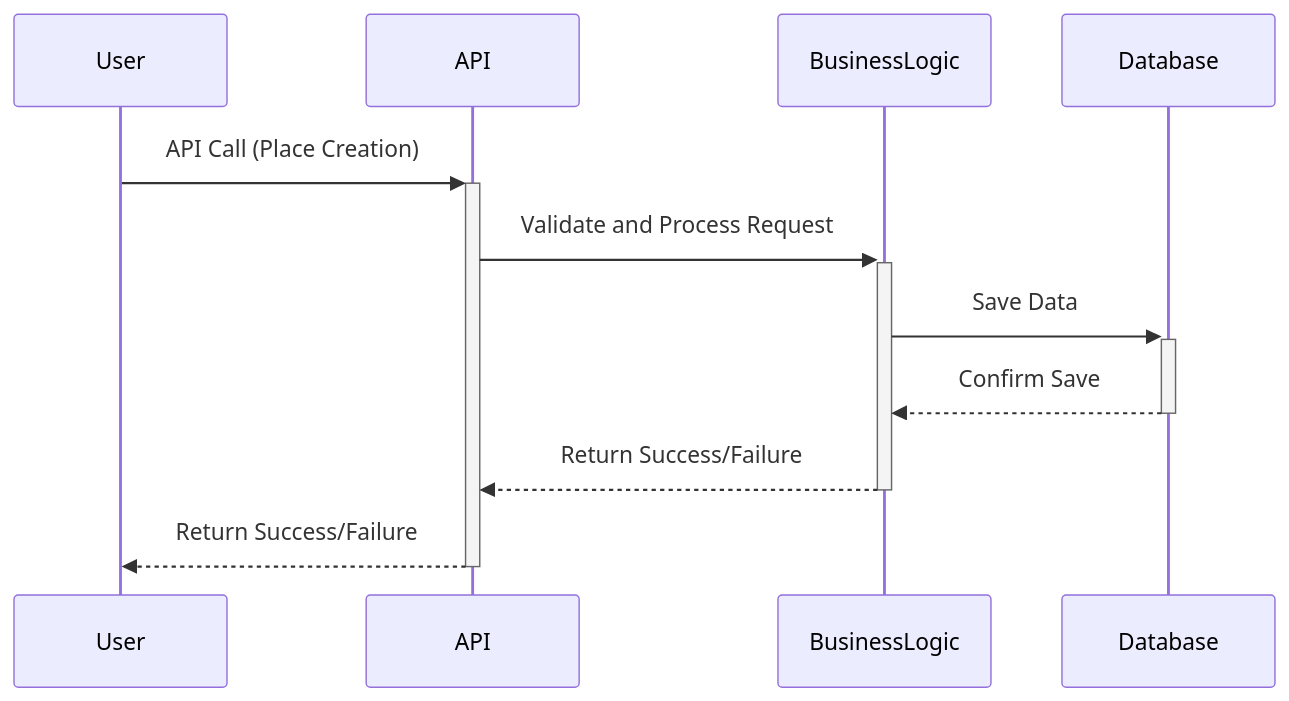
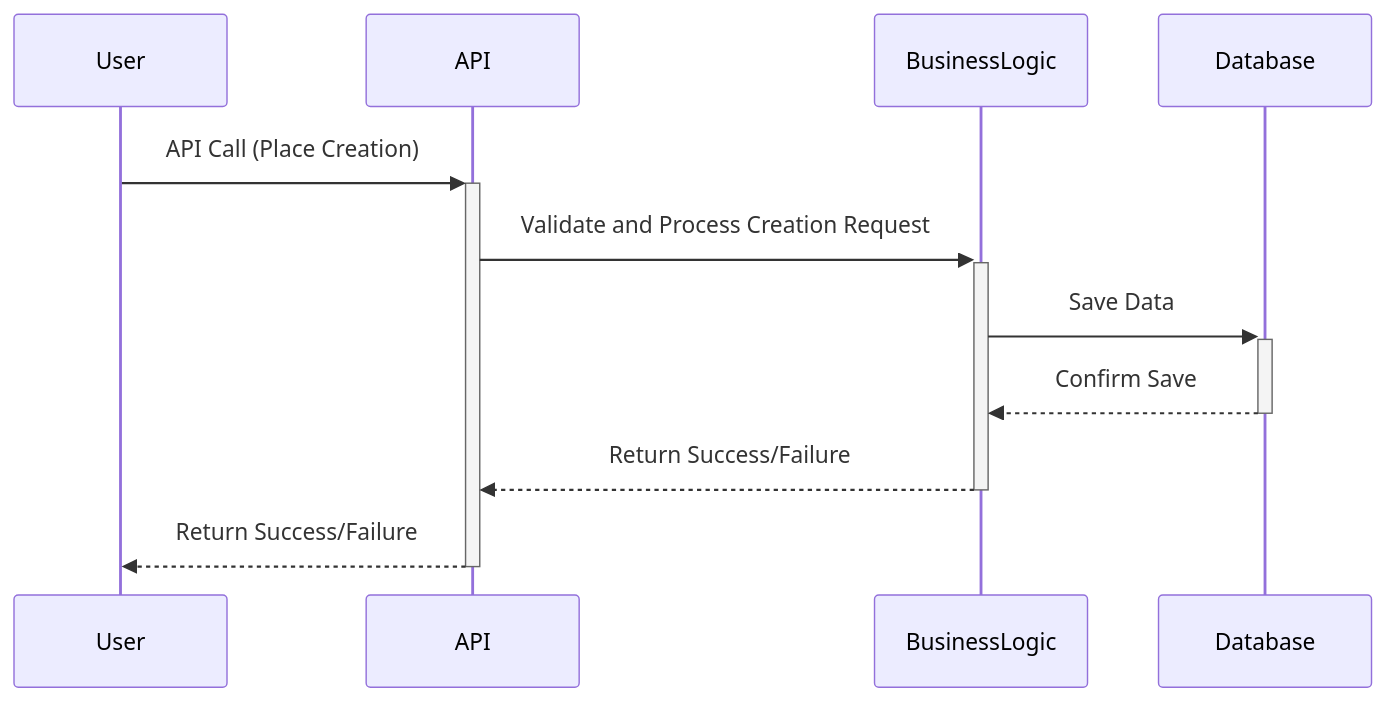
The diagram in part1/task02/uml_02_2.mermaid (Morg92b/holbertonschool-hbnb), drawn with Mermaid before and after one commit. The commit also changed 3 other files, not shown here.

```diff
--- a/part1/task02/uml_02_2.mermaid
+++ b/part1/task02/uml_02_2.mermaid
@@ -1,15 +1,15 @@
 ---
 config:
   theme: default
 ---
 sequenceDiagram
 participant User
 participant API
 participant BusinessLogic
 participant Database
 User->>+API: API Call (Place Creation)
-API->>+BusinessLogic: Validate and Process Request
+API->>+BusinessLogic: Validate and Process Creation Request
 BusinessLogic->>+Database: Save Data
 Database-->>-BusinessLogic: Confirm Save
 BusinessLogic-->>-API: Return Success/Failure
 API-->>-User: Return Success/Failure
```
